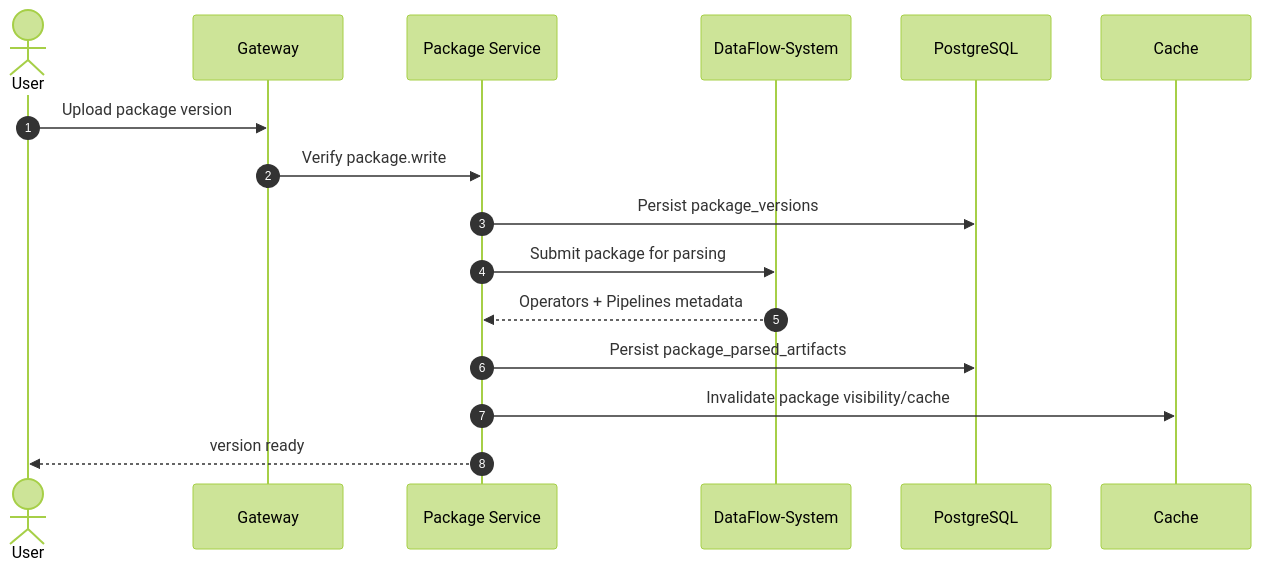
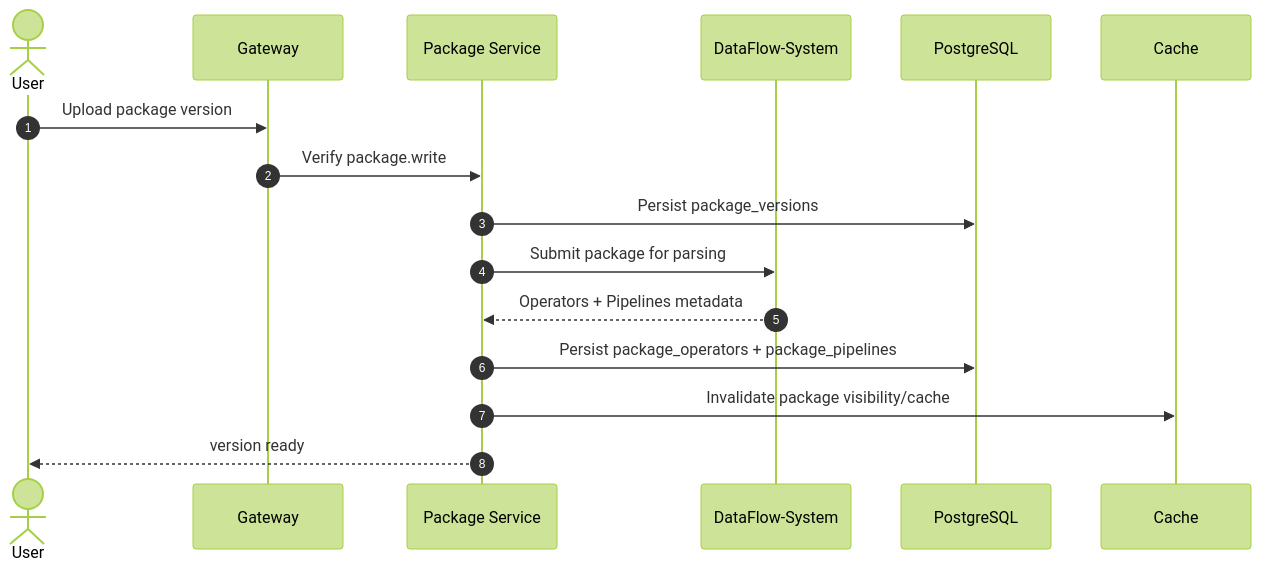
The sixth of 8 diagrams in docs/auth-design/user-organization-auth-system-design-zh.md (OriginHubAI/dcai-demo-platform), drawn with Mermaid (forest theme) before and after one commit. The commit also changed other lines of this file, not shown here.

````diff
--- a/docs/auth-design/user-organization-auth-system-design-zh.md
+++ b/docs/auth-design/user-organization-auth-system-design-zh.md
@@ -842,19 +1177,19 @@
 ```mermaid
 sequenceDiagram
     autonumber
     actor U as User
     participant G as Gateway
     participant P as Package Service
     participant DF as DataFlow-System
     participant DB as PostgreSQL
     participant C as Cache
 
     U->>G: Upload package version
     G->>P: Verify package.write
     P->>DB: Persist package_versions
     P->>DF: Submit package for parsing
     DF-->>P: Operators + Pipelines metadata
-    P->>DB: Persist package_parsed_artifacts
+    P->>DB: Persist package_operators + package_pipelines
     P->>C: Invalidate package visibility/cache
     P-->>U: version ready
 ```
````
